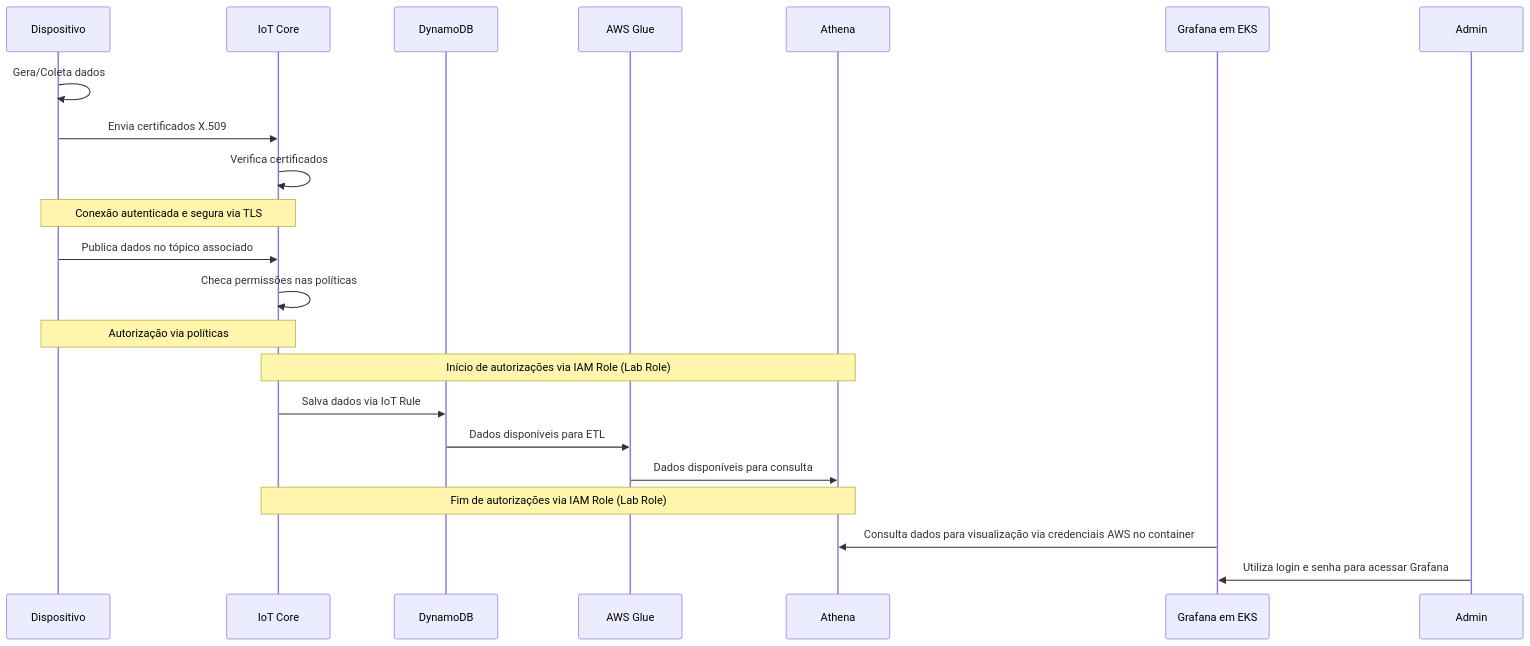
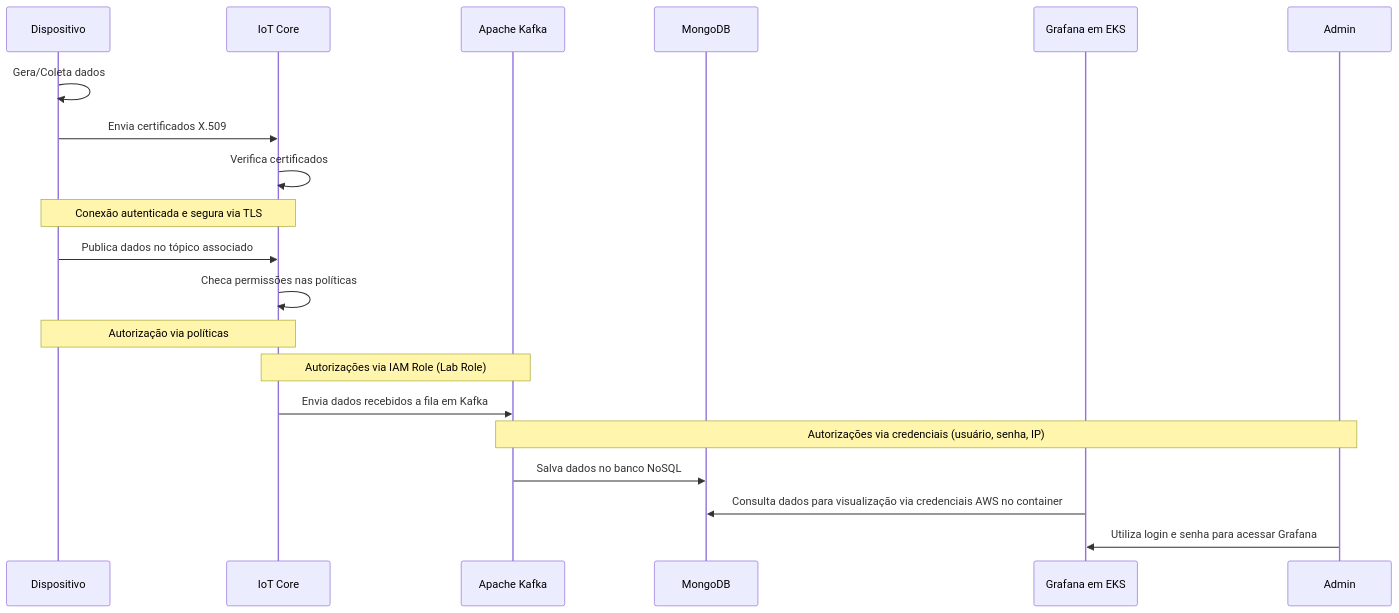
The diagram in docs/static/uml/security.mmd (Inteli-College/2024-T0002-EC09-G02), drawn with Mermaid before and after one commit.

Commit message:
updates architecture diagram

```diff
--- a/docs/static/uml/security.mmd
+++ b/docs/static/uml/security.mmd
@@ -1,23 +1,27 @@
 sequenceDiagram
     participant Device as Dispositivo
     participant IotCore as IoT Core
-    participant DynamoDB as DynamoDB
-    participant ColaGlue as AWS Glue
-    participant Athena as Athena
+    participant Kafka as Apache Kafka
+    participant Mongo as MongoDB
     participant Grafana as Grafana em EKS
     participant Admin as Admin
 
 Device ->> Device: Gera/Coleta dados
 Device ->> IotCore: Envia certificados X.509
 IotCore ->> IotCore: Verifica certificados
+
 Note over Device, IotCore: Conexão autenticada e segura via TLS
+
 Device ->> IotCore: Publica dados no tópico associado
 IotCore ->> IotCore: Checa permissões nas políticas
+
 Note over Device, IotCore: Autorização via políticas
-Note over IotCore, Athena: Início de autorizações via IAM Role (Lab Role)
-IotCore ->> DynamoDB: Salva dados via IoT Rule
-DynamoDB ->> ColaGlue: Dados disponíveis para ETL
-ColaGlue ->> Athena: Dados disponíveis para consulta
-Note over IotCore, Athena: Fim de autorizações via IAM Role (Lab Role)
-Grafana ->> Athena: Consulta dados para visualização via credenciais AWS no container
+Note over IotCore, Kafka: Autorizações via IAM Role (Lab Role)
+
+IotCore ->> Kafka: Envia dados recebidos a fila em Kafka
+
+Note over Kafka, Admin: Autorizações via credenciais (usuário, senha, IP)
+
+Kafka ->> Mongo: Salva dados no banco NoSQL
+Grafana ->> Mongo: Consulta dados para visualização via credenciais AWS no container
 Admin ->> Grafana: Utiliza login e senha para acessar Grafana
```
